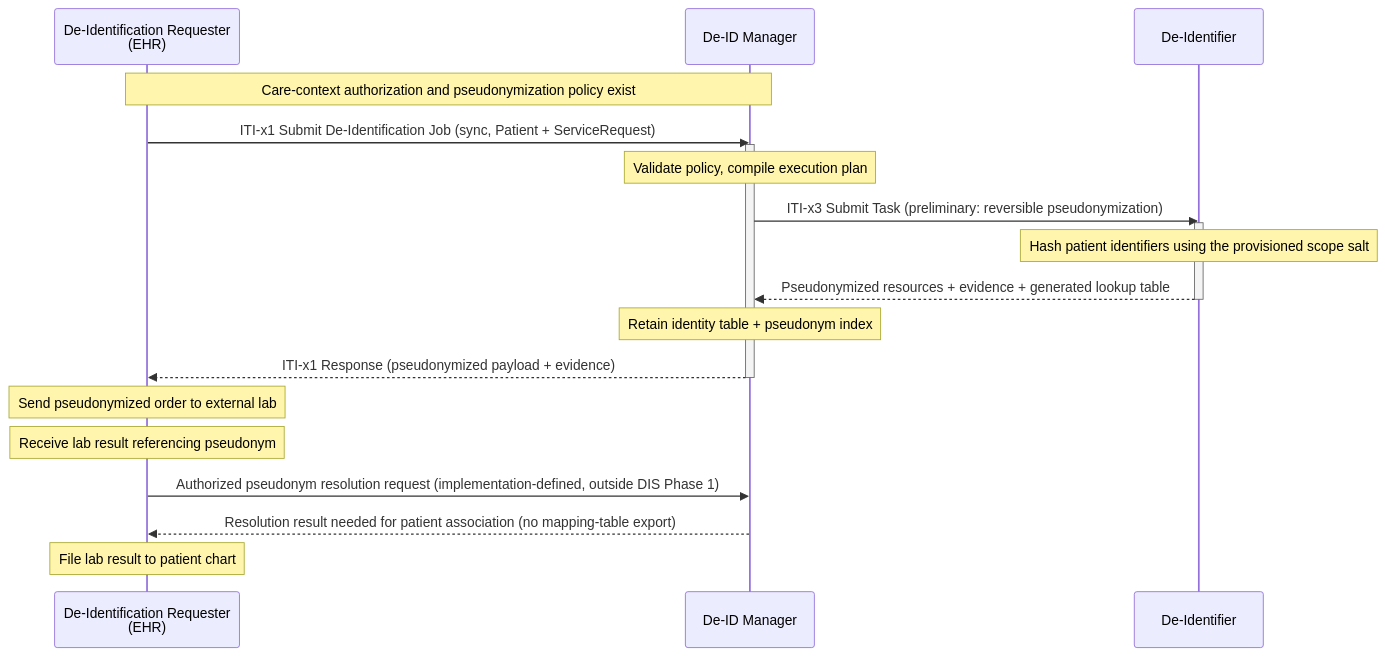
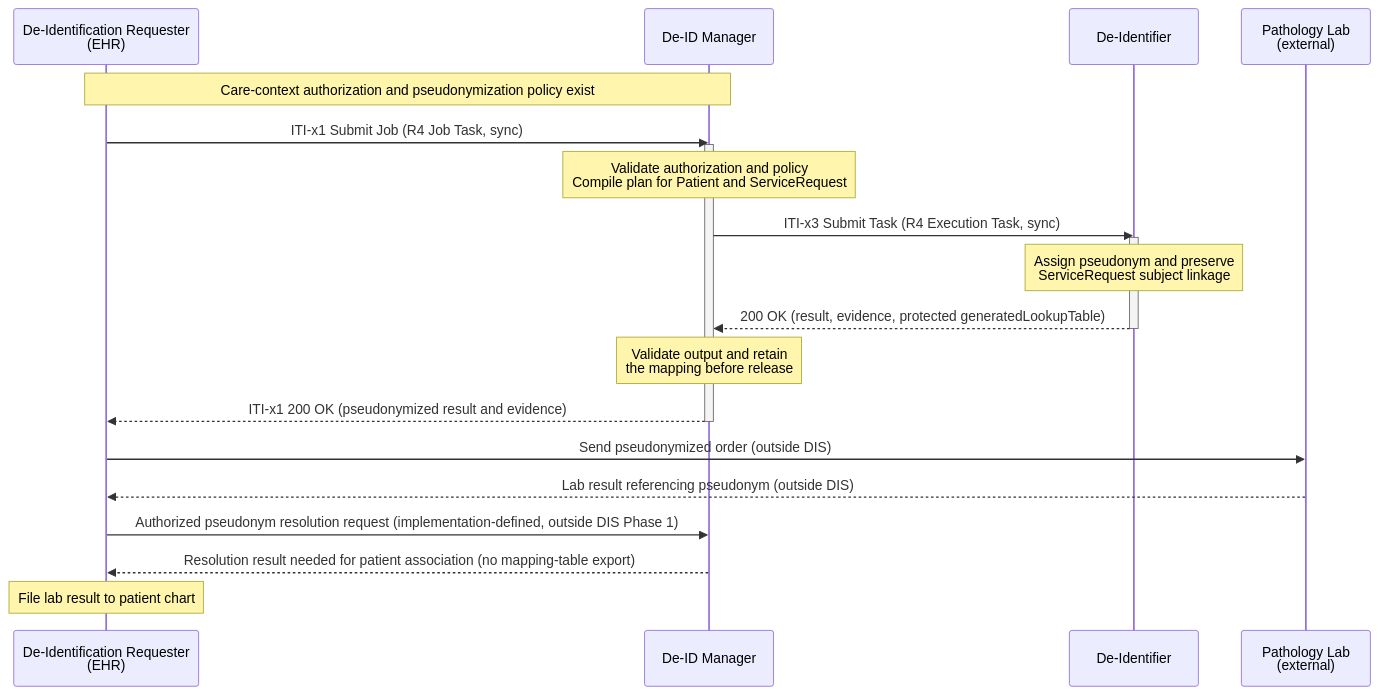
One commit to IHE/ITI.DIS changed the diagram in input/images-source/dis-uc3-clinical-pathology.mmd. Above: the diagram before and after it, drawn with Mermaid. The commit also changed 10 other files, not shown here.

```diff
--- a/input/images-source/dis-uc3-clinical-pathology.mmd
+++ b/input/images-source/dis-uc3-clinical-pathology.mmd
@@ -1,26 +1,27 @@
 sequenceDiagram
     participant EHR as De-Identification Requester<br/>(EHR)
     participant MGR as De-ID Manager
     participant DI as De-Identifier
+    participant LAB as Pathology Lab<br/>(external)
 
     Note over EHR,MGR: Care-context authorization and pseudonymization policy exist
 
-    EHR->>MGR: ITI-x1 Submit De-Identification Job (sync, Patient + ServiceRequest)
+    EHR->>MGR: ITI-x1 Submit Job (R4 Job Task, sync)
     activate MGR
-    Note over MGR: Validate policy, compile execution plan
+    Note over MGR: Validate authorization and policy<br/>Compile plan for Patient and ServiceRequest
 
-    MGR->>DI: ITI-x3 Submit Task (preliminary: reversible pseudonymization)
+    MGR->>DI: ITI-x3 Submit Task (R4 Execution Task, sync)
     activate DI
-    Note over DI: Hash patient identifiers using the provisioned scope salt
-    DI-->>MGR: Pseudonymized resources + evidence + generated lookup table
+    Note over DI: Assign pseudonym and preserve<br/>ServiceRequest subject linkage
+    DI-->>MGR: 200 OK (result, evidence, protected generatedLookupTable)
     deactivate DI
 
-    Note over MGR: Retain identity table + pseudonym index
-    MGR-->>EHR: ITI-x1 Response (pseudonymized payload + evidence)
+    Note over MGR: Validate output and retain<br/>the mapping before release
+    MGR-->>EHR: ITI-x1 200 OK (pseudonymized result and evidence)
     deactivate MGR
 
-    Note over EHR: Send pseudonymized order to external lab
-    Note over EHR: Receive lab result referencing pseudonym
+    EHR->>LAB: Send pseudonymized order (outside DIS)
+    LAB-->>EHR: Lab result referencing pseudonym (outside DIS)
     EHR->>MGR: Authorized pseudonym resolution request (implementation-defined, outside DIS Phase 1)
     MGR-->>EHR: Resolution result needed for patient association (no mapping-table export)
     Note over EHR: File lab result to patient chart
```
